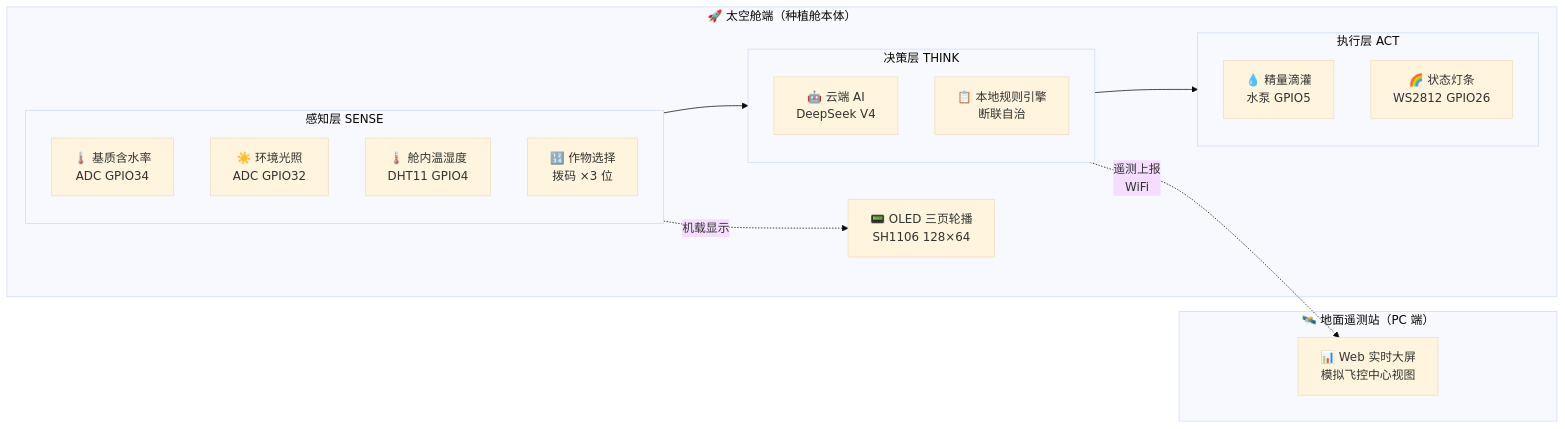
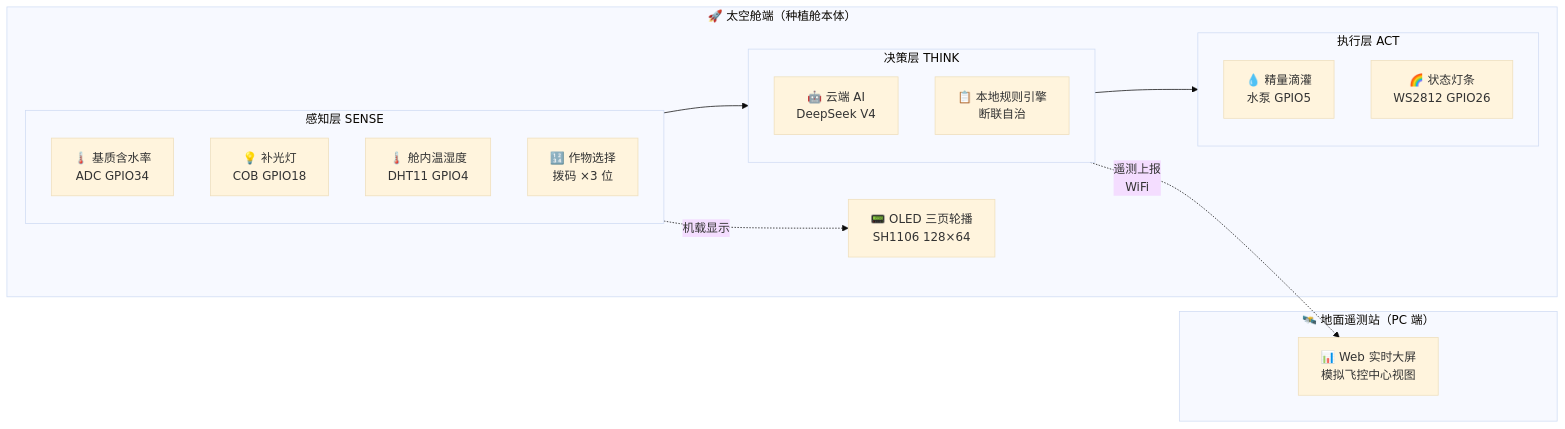
Before and after one commit to Dora321/space-agriculture-capsule: the diagram in README.md, drawn with Mermaid (base theme). The commit also changed other lines of this file and 13 other files, not shown here.

````diff
--- a/README.md
+++ b/README.md
@@ -82,31 +82,32 @@
 ```mermaid
 flowchart LR
     subgraph SPACE["🚀 太空舱端（种植舱本体）"]
         subgraph SENSE["感知层 SENSE"]
             Soil["🌡️ 基质含水率<br/>ADC GPIO34"]
             Light["☀️ 环境光照<br/>ADC GPIO32"]
             DHT["🌡️ 舱内温湿度<br/>DHT11 GPIO4"]
             DIP["🔢 作物选择<br/>拨码 ×3 位"]
         end
 
         subgraph THINK["决策层 THINK"]
             AI["🤖 云端 AI<br/>DeepSeek V4"]
             Local["📋 本地规则引擎<br/>断联自治"]
         end
 
         subgraph ACT["执行层 ACT"]
             Pump["💧 精量滴灌<br/>水泵 GPIO5"]
+            Light["💡 补光灯<br/>COB GPIO18"]
             Strip["🌈 状态灯条<br/>WS2812 GPIO26"]
         end
 
         SENSE --> THINK
         THINK --> ACT
         SENSE -.->|机载显示| OLED["📟 OLED 三页轮播<br/>SH1106 128×64"]
     end
 
     subgraph GROUND["🛰️ 地面遥测站（PC 端）"]
         Web["📊 Web 实时大屏<br/>模拟飞控中心视图"]
     end
 
     THINK -.->|遥测上报<br/>WiFi| Web
 ```
````
